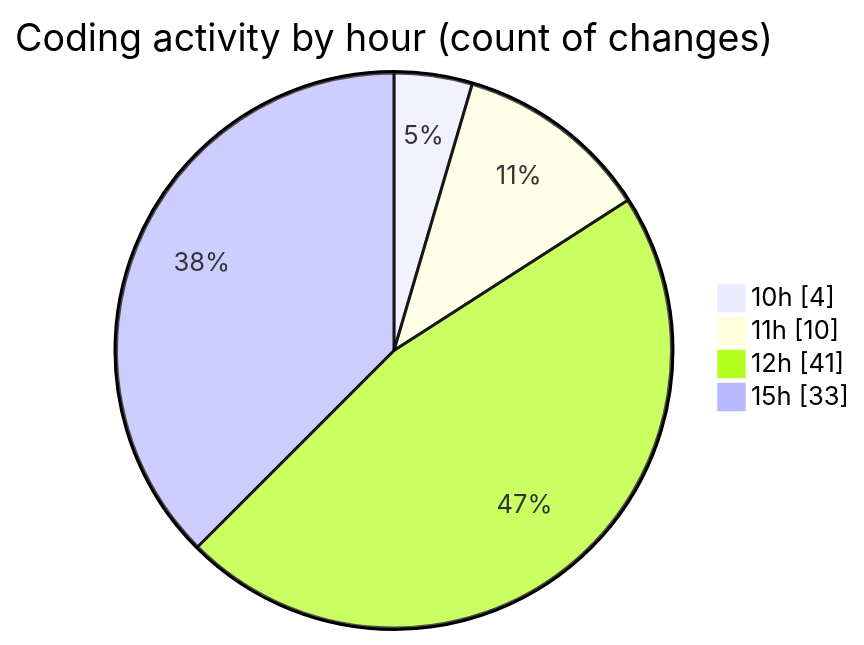
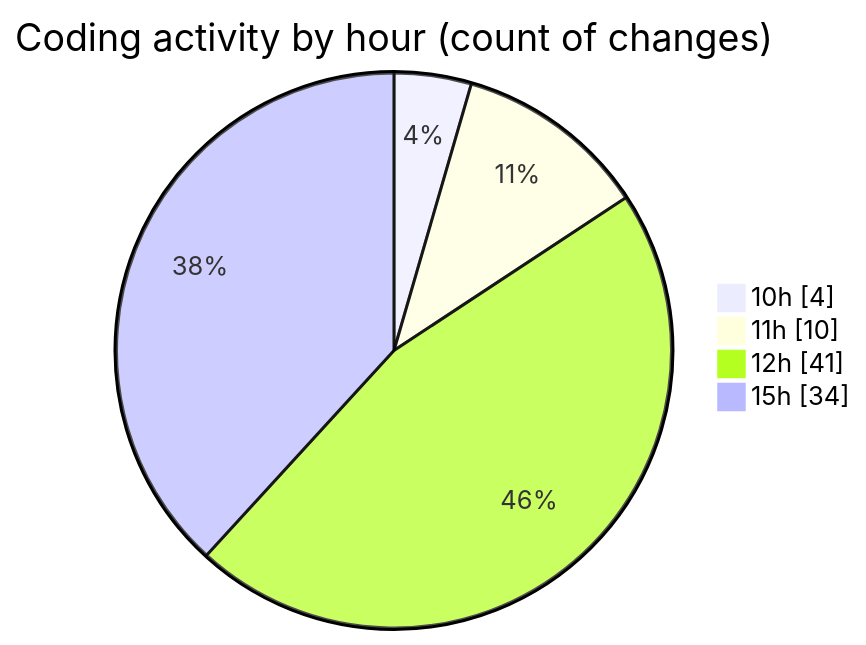
One commit to nxtqubesakshisongat/code-tracking changed the second of 2 diagrams in 2026-03-05/nxtqube_webapp/README.md. Above: the diagram before and after it, drawn with Mermaid. The commit also changed other lines of this file and 1 other file, not shown here.

````diff
--- a/2026-03-05/nxtqube_webapp/README.md
+++ b/2026-03-05/nxtqube_webapp/README.md
@@ -31,8 +31,8 @@
 ```mermaid
 pie showData
 title Coding activity by hour (count of changes)
 "10h" : 4
 "11h" : 10
 "12h" : 41
-"15h" : 33
+"15h" : 34
 ```
````
